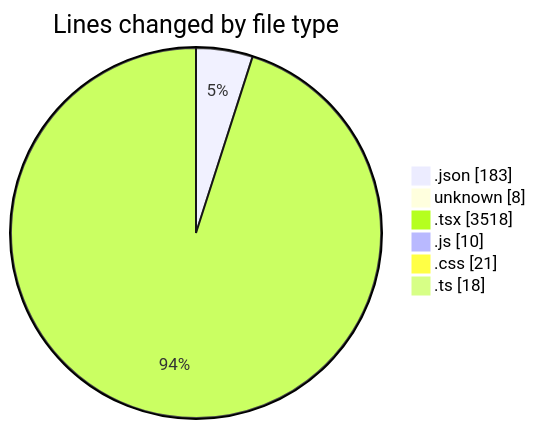
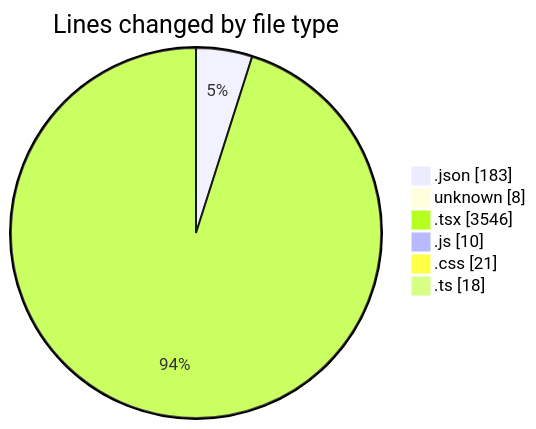
The first of 2 diagrams in 2025-05-02/niten/README.md (Elitesun/code-tracking), drawn with Mermaid before and after one commit. The commit also changed other lines of this file and 1 other file, not shown here.

````diff
--- a/2025-05-02/niten/README.md
+++ b/2025-05-02/niten/README.md
@@ -45,10 +45,10 @@
 ```mermaid
 pie showData
 title Lines changed by file type
 ".json" : 183
 "unknown" : 8
-".tsx" : 3518
+".tsx" : 3546
 ".js" : 10
 ".css" : 21
 ".ts" : 18
 ```
````
